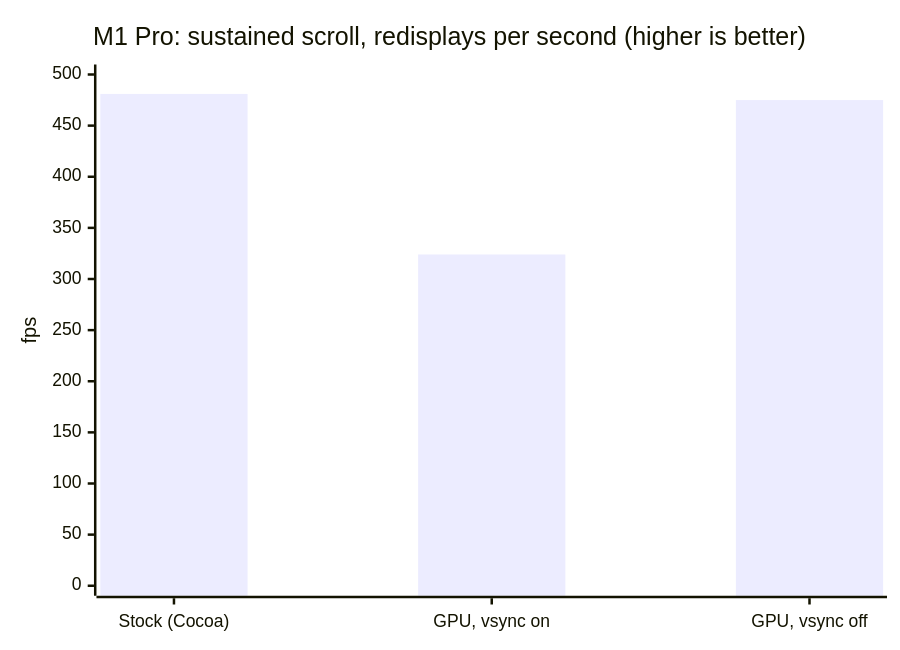
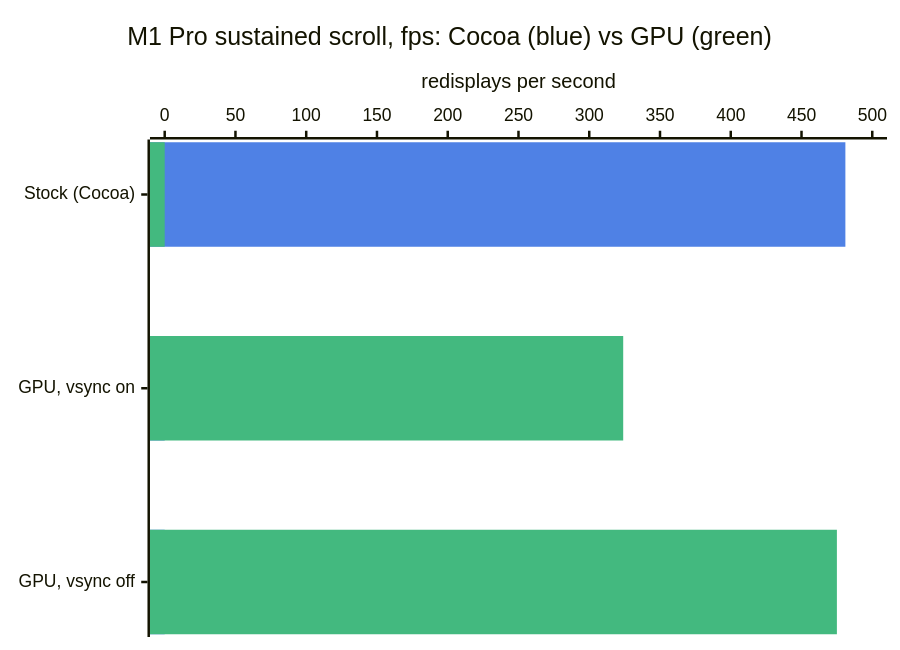
Before and after one commit to bobrowadam/emacs: the third of 3 diagrams in README.md, drawn with Mermaid. The commit also changed other lines of this file, not shown here.

First line of the commit message:
README: horizontal benchmark charts, one color per renderer

````diff
--- a/README.md
+++ b/README.md
@@ -333,7 +347,14 @@
 ```mermaid
-xychart-beta
-    title "M1 Pro: sustained scroll, redisplays per second (higher is better)"
+---
+config:
+  themeVariables:
+    xyChart:
+      plotColorPalette: "#4f81e5, #43b97f"
+---
+xychart-beta horizontal
+    title "M1 Pro sustained scroll, fps: Cocoa (blue) vs GPU (green)"
     x-axis ["Stock (Cocoa)", "GPU, vsync on", "GPU, vsync off"]
-    y-axis "fps" 0 --> 500
-    bar [481, 324, 475]
+    y-axis "redisplays per second" 0 --> 500
+    bar [481, 0, 0]
+    bar [0, 324, 475]
 ```
````
